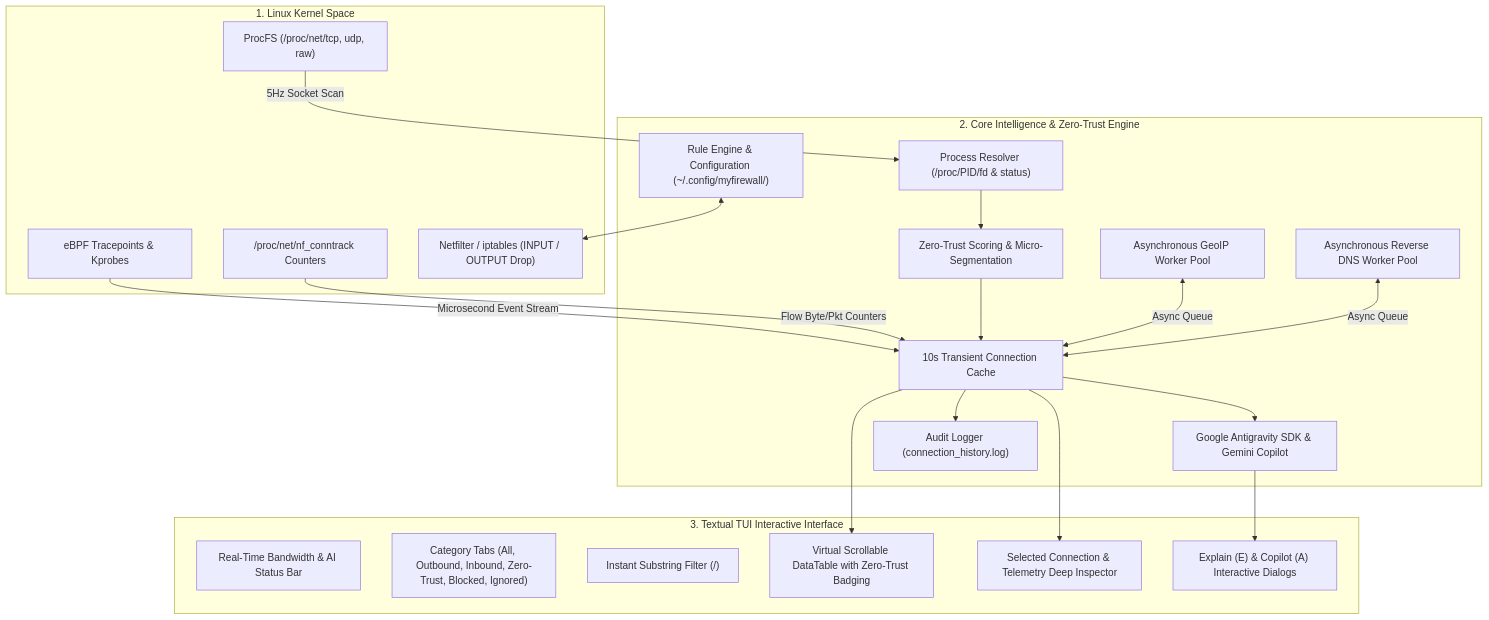
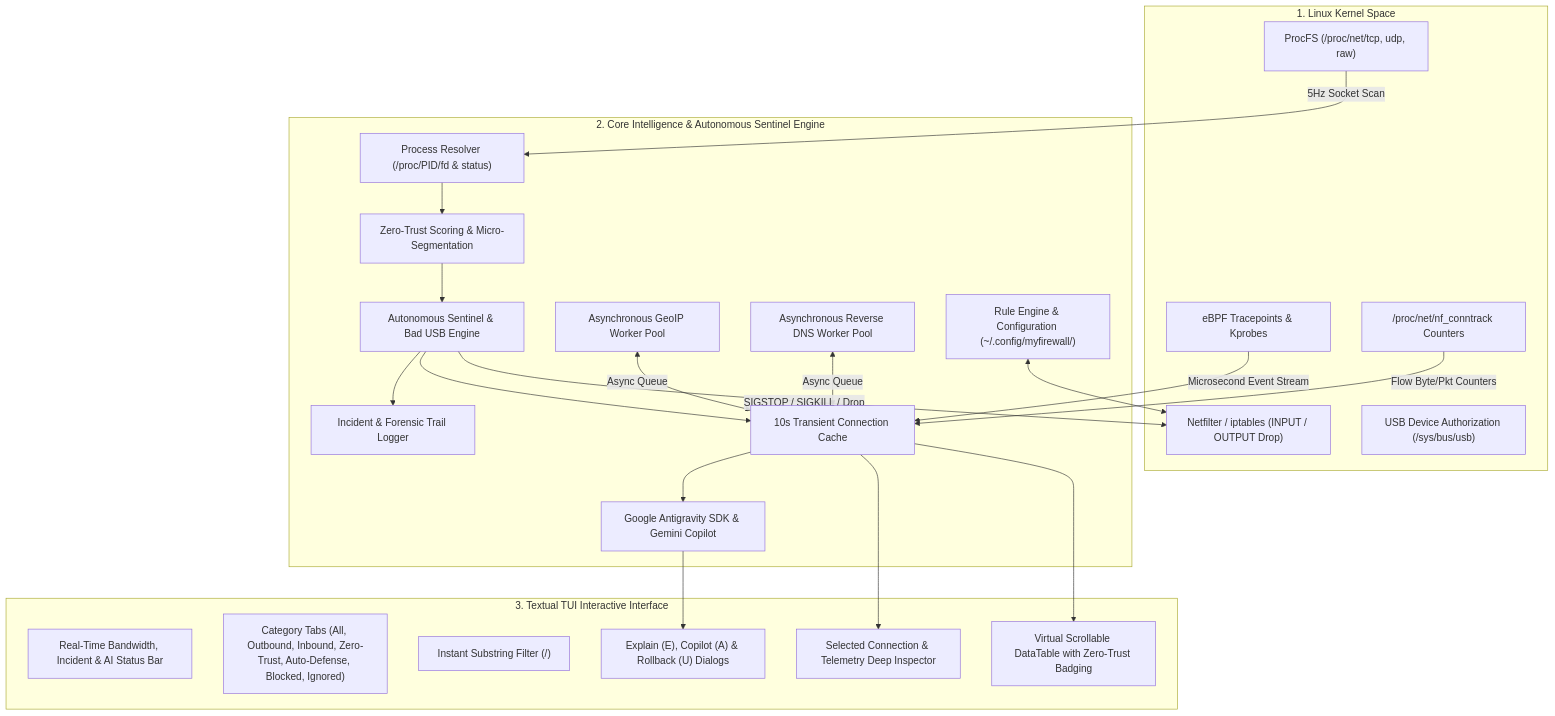
One commit to dparksports/myfirewall-ubuntu changed the diagram in DOCUMENTATION.md. Above: the diagram before and after it, drawn with Mermaid. The commit also changed other lines of this file and 2 other files, not shown here.

Commit message:
docs: add Bad USB and Autonomous Sentinel defense manual, update repo URLs

````diff
--- a/DOCUMENTATION.md
+++ b/DOCUMENTATION.md
@@ -27,43 +29,47 @@
 ```mermaid
 flowchart TD
     subgraph KernelSpace["1. Linux Kernel Space"]
         ProcFS["ProcFS (/proc/net/tcp, udp, raw)"]
         EBPF["eBPF Tracepoints & Kprobes"]
         Conntrack["/proc/net/nf_conntrack Counters"]
         Netfilter["Netfilter / iptables (INPUT / OUTPUT Drop)"]
+        SysFS["USB Device Authorization (/sys/bus/usb)"]
     end
 
-    subgraph CoreEngine["2. Core Intelligence & Zero-Trust Engine"]
+    subgraph CoreEngine["2. Core Intelligence & Autonomous Sentinel Engine"]
         ProcResolver["Process Resolver (/proc/PID/fd & status)"]
         ZeroTrustEngine["Zero-Trust Scoring & Micro-Segmentation"]
+        AutonomousSentinel["Autonomous Sentinel & Bad USB Engine"]
         GeoWorker["Asynchronous GeoIP Worker Pool"]
         RdnsWorker["Asynchronous Reverse DNS Worker Pool"]
         TransientCache["10s Transient Connection Cache"]
         RulesManager["Rule Engine & Configuration (~/.config/myfirewall/)"]
         AntigravityAI["Google Antigravity SDK & Gemini Copilot"]
-        HistoryLogger["Audit Logger (connection_history.log)"]
+        IncidentLogger["Incident & Forensic Trail Logger"]
     end
 
     subgraph TextualTUI["3. Textual TUI Interactive Interface"]
-        HeaderStats["Real-Time Bandwidth & AI Status Bar"]
-        CategoryTabs["Category Tabs (All, Outbound, Inbound, Zero-Trust, Blocked, Ignored)"]
+        HeaderStats["Real-Time Bandwidth, Incident & AI Status Bar"]
+        CategoryTabs["Category Tabs (All, Outbound, Inbound, Zero-Trust, Auto-Defense, Blocked, Ignored)"]
         FilterBar["Instant Substring Filter (/)"]
         DataTable["Virtual Scrollable DataTable with Zero-Trust Badging"]
         Inspector["Selected Connection & Telemetry Deep Inspector"]
-        AIModals["Explain (E) & Copilot (A) Interactive Dialogs"]
+        AIModals["Explain (E), Copilot (A) & Rollback (U) Dialogs"]
     end
 
     ProcFS -->|5Hz Socket Scan| ProcResolver
     EBPF -->|Microsecond Event Stream| TransientCache
     Conntrack -->|Flow Byte/Pkt Counters| TransientCache
     ProcResolver --> ZeroTrustEngine
-    ZeroTrustEngine --> TransientCache
+    ZeroTrustEngine --> AutonomousSentinel
+    AutonomousSentinel -->|SIGSTOP / SIGKILL / Drop| Netfilter
+    AutonomousSentinel --> TransientCache
     GeoWorker <-->|Async Queue| TransientCache
     RdnsWorker <-->|Async Queue| TransientCache
     TransientCache --> DataTable
     TransientCache --> Inspector
     TransientCache --> AntigravityAI
     AntigravityAI --> AIModals
     RulesManager <--> Netfilter
-    TransientCache --> HistoryLogger
+    AutonomousSentinel --> IncidentLogger
 ```
````
